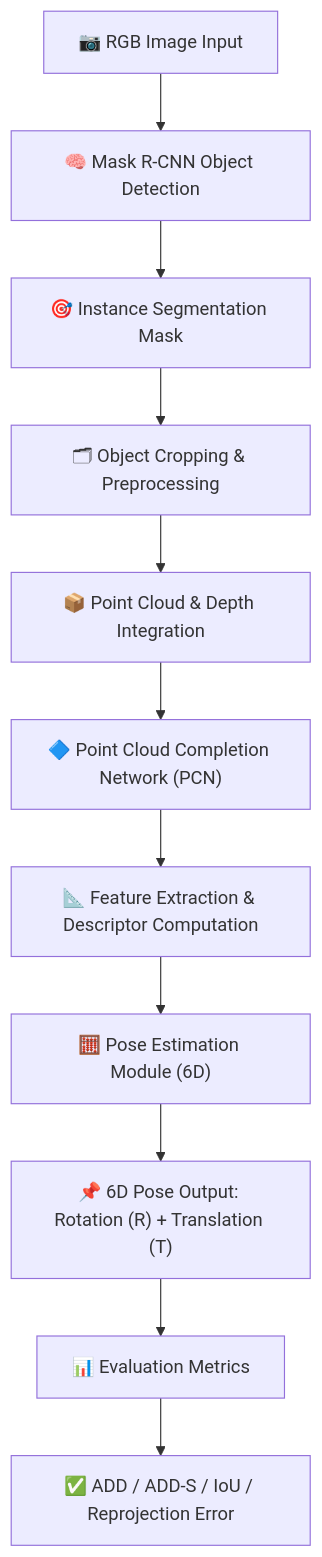
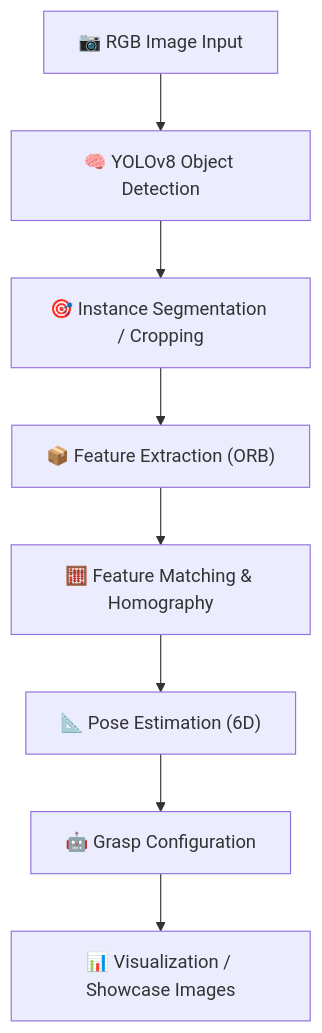
Before and after one commit to abq2904/6d-object-pose-estimation-using-maskrcnn-and-point-cloud-completion: the diagram in README.md, drawn with Mermaid. The commit also changed other lines of this file and 19 other files, not shown here.

First line of the commit message:
Finalize 6D Object Pose Estimation pipeline (Steps 01–09)

````diff
--- a/README.md
+++ b/README.md
@@ -32,14 +148,10 @@
 ```mermaid
 flowchart TD
-    A["📷 RGB Image Input"] --> B["🧠 Mask R-CNN Object Detection"]
-    B --> C["🎯 Instance Segmentation Mask"]
-    C --> D["🗂 Object Cropping & Preprocessing"]
-    D --> E["📦 Point Cloud & Depth Integration"]
-    E --> F["🔷 Point Cloud Completion Network (PCN)"]
-    F --> G["📐 Feature Extraction & Descriptor Computation"]
-    G --> H["🧮 Pose Estimation Module (6D)"]
-    H --> I["📌 6D Pose Output: Rotation (R) + Translation (T)"]
-    I --> J["📊 Evaluation Metrics"]
-    J --> K["✅ ADD / ADD-S / IoU / Reprojection Error"]
-
+    A["📷 RGB Image Input"] --> B["🧠 YOLOv8 Object Detection"]
+    B --> C["🎯 Instance Segmentation / Cropping"]
+    C --> D["📦 Feature Extraction (ORB)"]
+    D --> E["🧮 Feature Matching & Homography"]
+    E --> F["📐 Pose Estimation (6D)"]
+    F --> G["🤖 Grasp Configuration"]
+    G --> H["📊 Visualization / Showcase Images"]
 ```
````
